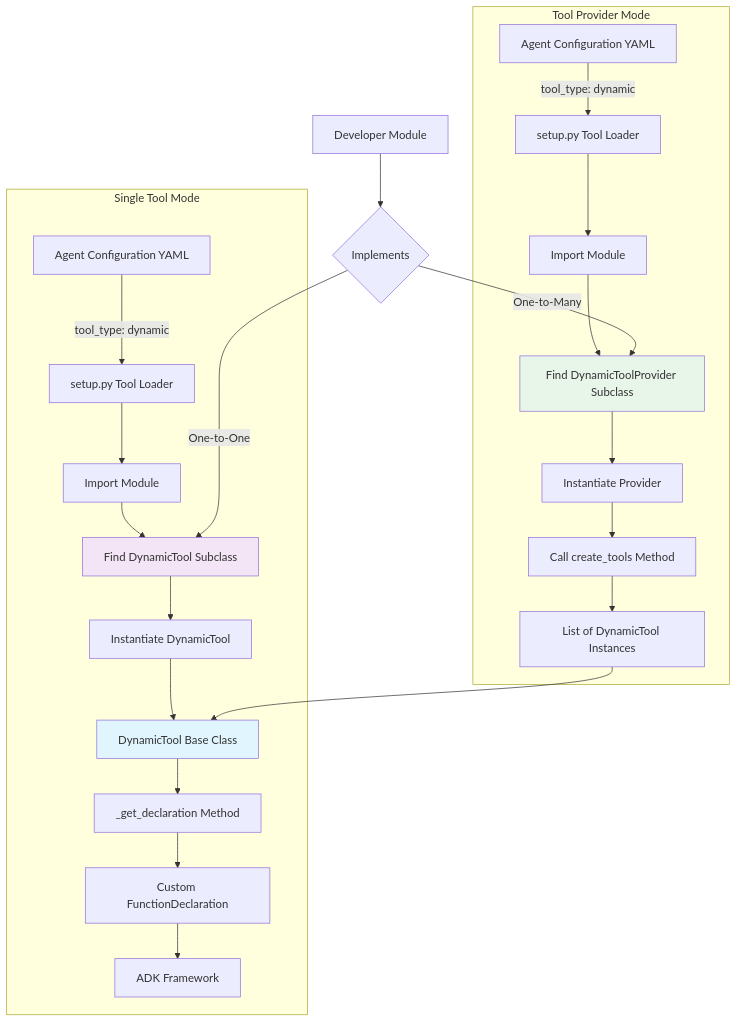
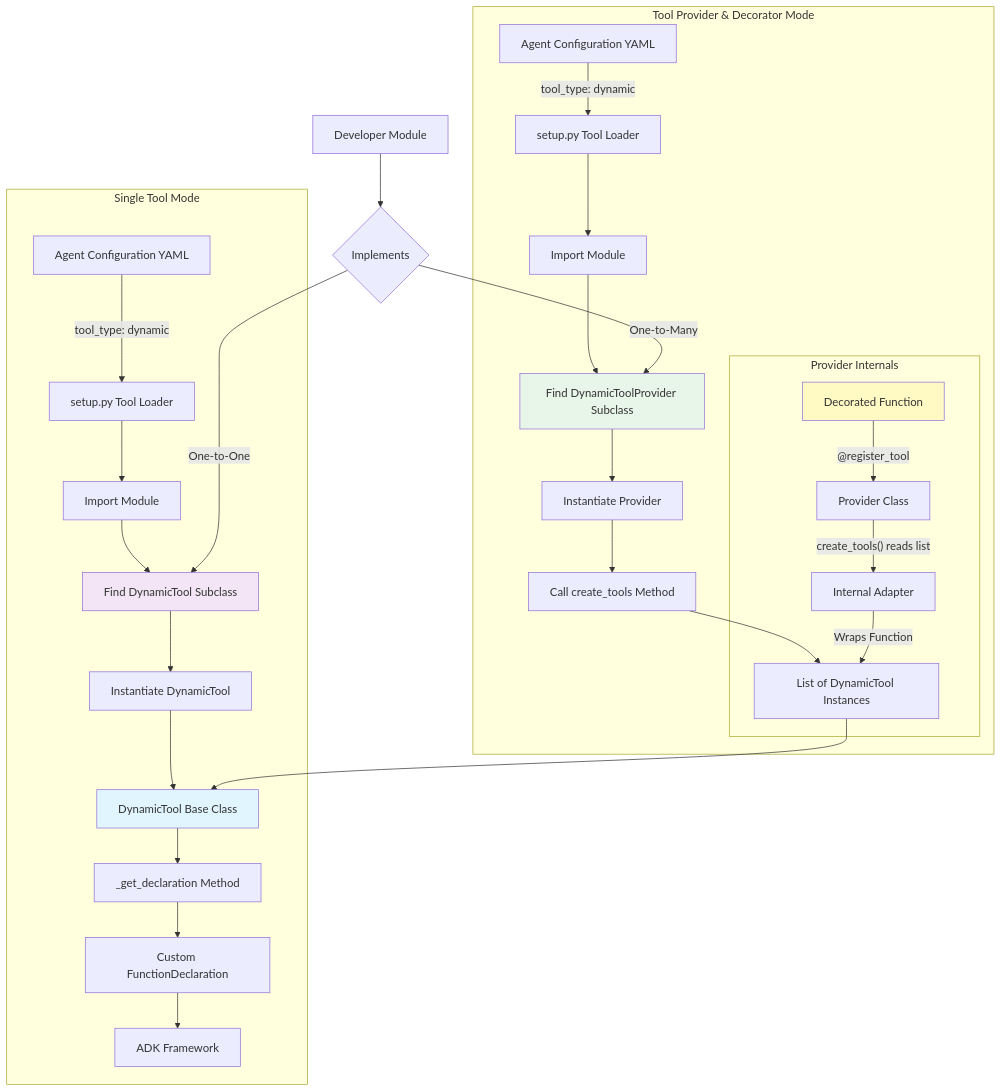
One commit to SolaceLabs/solace-agent-mesh changed the diagram in dynamic_tools_design_document.md. Above: the diagram before and after it, drawn with Mermaid. The commit also changed other lines of this file, not shown here.

Commit message:
feat: add decorator-based tool registration to dynamic tools design

````diff
--- a/dynamic_tools_design_document.md
+++ b/dynamic_tools_design_document.md
@@ -25,31 +26,38 @@
 ```mermaid
 graph TD
     subgraph Single Tool Mode
         A[Agent Configuration YAML] -->|tool_type: dynamic| B[setup.py Tool Loader]
         B --> C[Import Module]
         C --> D[Find DynamicTool Subclass]
         D --> E[Instantiate DynamicTool]
         E --> F[DynamicTool Base Class]
         F --> G[_get_declaration Method]
         G --> H[Custom FunctionDeclaration]
         H --> I[ADK Framework]
     end
     
-    subgraph Tool Provider Mode
+    subgraph "Tool Provider & Decorator Mode"
         J[Agent Configuration YAML] -->|tool_type: dynamic| K[setup.py Tool Loader]
         K --> L[Import Module]
         L --> M[Find DynamicToolProvider Subclass]
         M --> N[Instantiate Provider]
         N --> O[Call create_tools Method]
         O --> P[List of DynamicTool Instances]
         P --> F
+
+        subgraph "Provider Internals"
+            Q[Decorated Function] -- @register_tool --> R[Provider Class]
+            R -- "create_tools()" reads list --> S[Internal Adapter]
+            S -- Wraps Function --> P
+        end
     end
 
-    Q[Developer Module] --> R{Implements}
-    R -->|One-to-One| D
-    R -->|One-to-Many| M
+    T[Developer Module] --> U{Implements}
+    U -->|One-to-One| D
+    U -->|One-to-Many| M
 
     style F fill:#e1f5fe
     style D fill:#f3e5f5
     style M fill:#e8f5e9
+    style Q fill:#fff9c4
 ```
````
